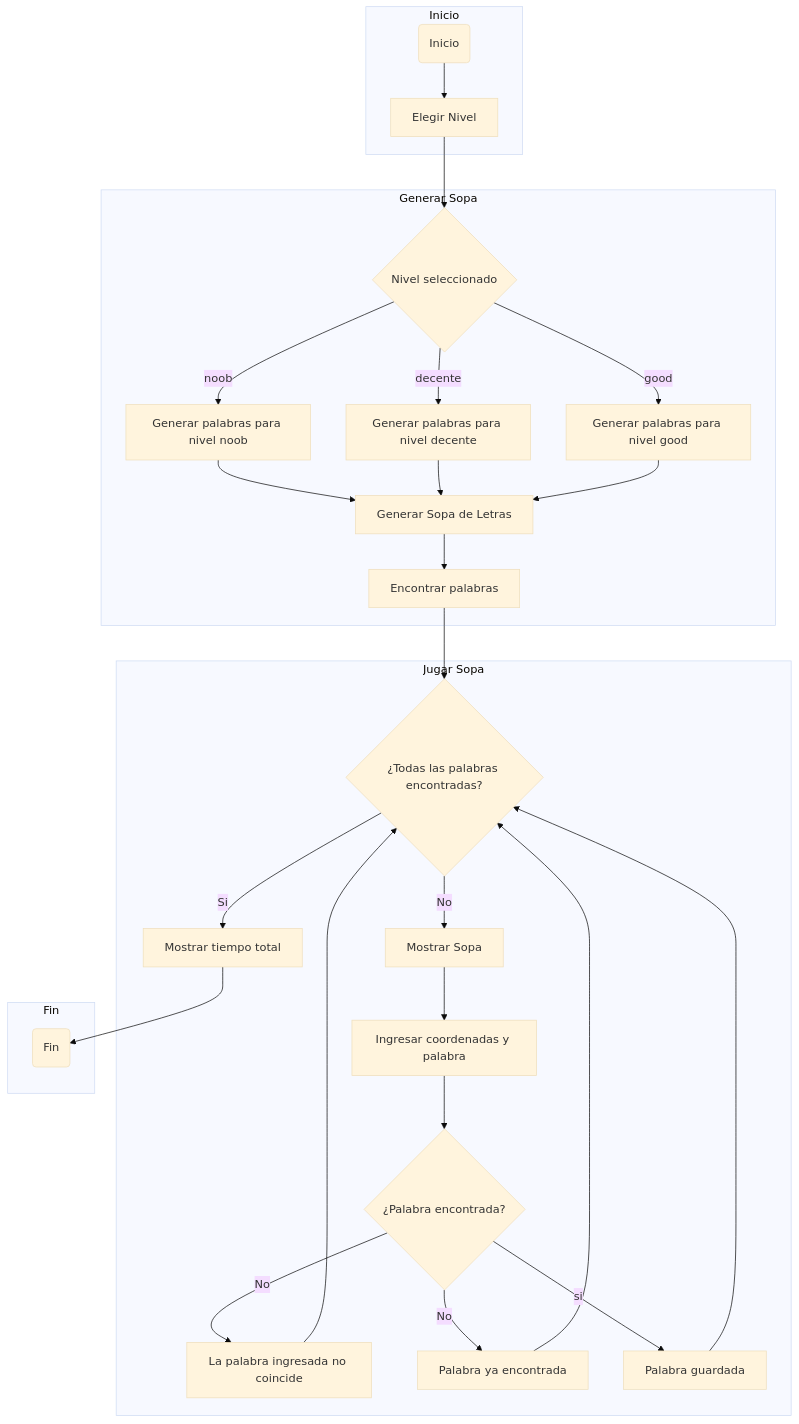
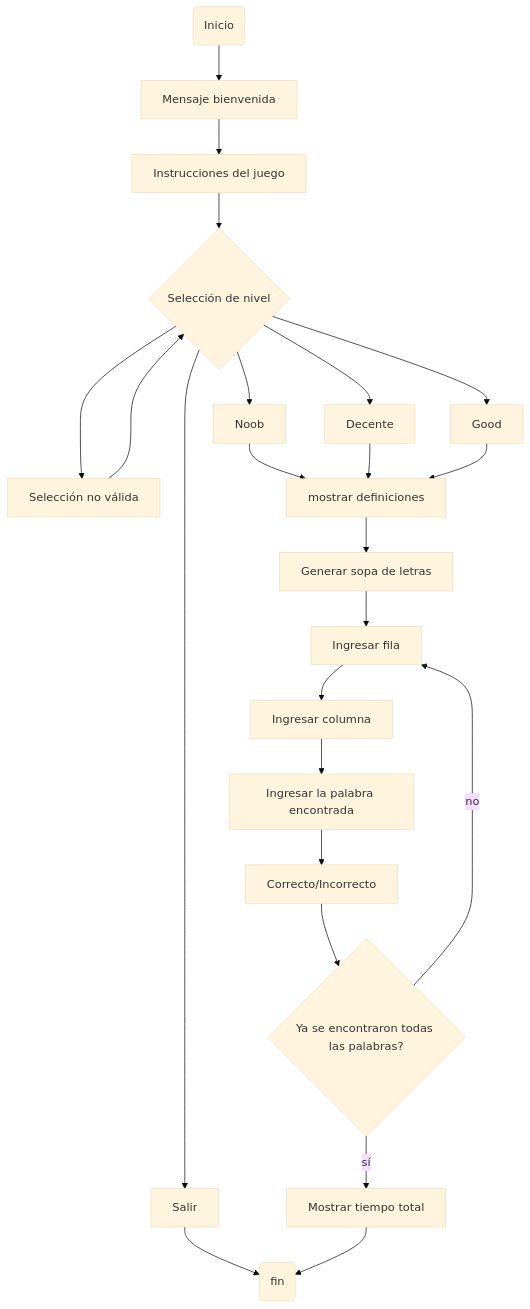
One commit to GuerreroAtomico75/PROYECTO-FINAL-Agrocode-Industry changed the diagram in README.md. Above: the diagram before and after it, drawn with Mermaid (base theme). The commit also changed other lines of this file, not shown here.

````diff
--- a/README.md
+++ b/README.md
@@ -537,37 +588,25 @@
 ```mermaid
-graph TD
 
-subgraph Inicio
-    inicio(Inicio)
-    inicio --> Nivel[Elegir Nivel]
-end
+flowchart TD
+A(Inicio)-->B[Mensaje bienvenida]
+B-->C[Instrucciones del juego]
+C-->D{Selección de nivel}
+D-->E[Noob]
+D-->F[Decente]
+D-->G[Good]
+D--->I[Selección no válida]
+D-->Y[Salir]-->R
+I-->D
+E-->J[mostrar definiciones]
+F-->J
+G-->J
+J-->K[Generar sopa de letras]
+K-->L[Ingresar fila]
+L-->M[Ingresar columna]
+M-->N[Ingresar la palabra encontrada]
+N-->O[Correcto/Incorrecto]
+O-->P{Ya se encontraron todas las palabras?}
+P--sí -->Q[Mostrar tiempo total]-->R(fin)
+P--no -->L
 
-subgraph "Generar Sopa"
-    Nivel --> Seleccion{Nivel seleccionado}
-    Seleccion -- noob --> noob[Generar palabras para nivel noob]
-    Seleccion -- decente --> decente[Generar palabras para nivel decente]
-    Seleccion -- good --> good[Generar palabras para nivel good]
-    noob --> Generar[Generar Sopa de Letras]
-    decente --> Generar
-    good --> Generar
-    Generar --> Encontrar[Encontrar palabras]
-end
-
-subgraph "Jugar Sopa"
-    Encontrar --> Terminar{¿Todas las palabras encontradas?}
-    Terminar -- No --> Mostrar[Mostrar Sopa]
-    Mostrar --> coordenadas[Ingresar coordenadas y palabra]
-    coordenadas --> encontrada{¿Palabra encontrada?}
-    encontrada -- No --> notcoincide[La palabra ingresada no coincide]
-    notcoincide ---> Terminar
-    encontrada -- No --> busca[Palabra ya encontrada]
-    busca --> Terminar
-    encontrada -- si --> guardar[Palabra guardada]
-    guardar ---> Terminar
-    Terminar -- Si --> N[Mostrar tiempo total]
-end
-
-subgraph Fin
-    N --> O(Fin)
-end
 ```
````
